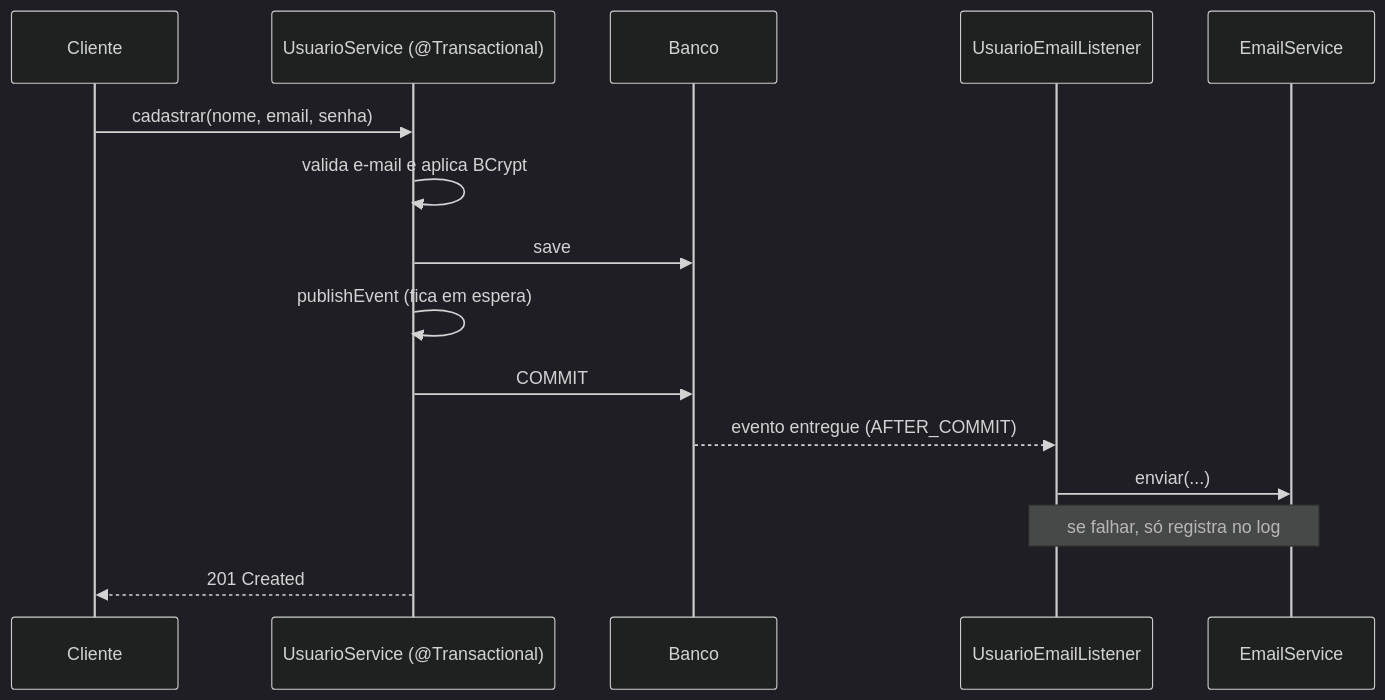
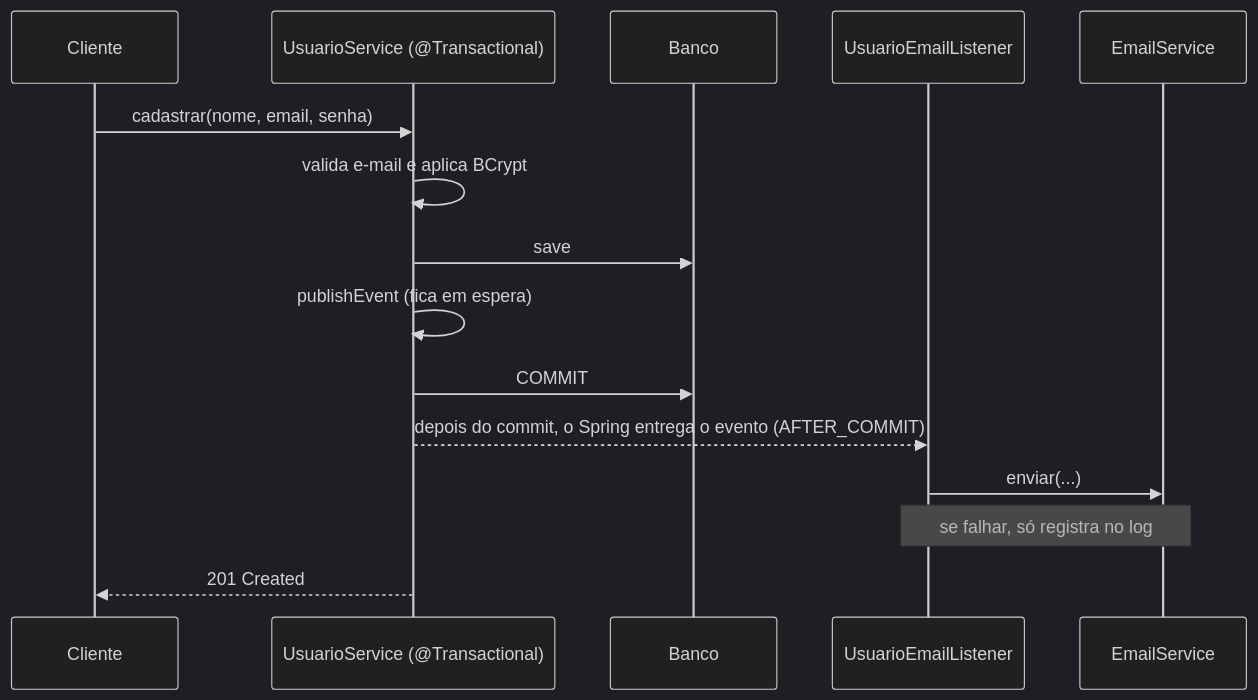
The diagram in README.md (ThiagoBeppler/cadastro-usuario), drawn with Mermaid (dark theme) before and after one commit. The commit also changed other lines of this file and 1 other file, not shown here.

Commit message:
Corrige diagrama e trechos imprecisos do README

````diff
--- a/README.md
+++ b/README.md
@@ -90,18 +90,18 @@
 ```mermaid
 sequenceDiagram
     participant C as Cliente
     participant S as UsuarioService (@Transactional)
     participant DB as Banco
     participant L as UsuarioEmailListener
     participant E as EmailService
 
     C->>S: cadastrar(nome, email, senha)
     S->>S: valida e-mail e aplica BCrypt
     S->>DB: save
     S->>S: publishEvent (fica em espera)
     S->>DB: COMMIT
-    DB-->>L: evento entregue (AFTER_COMMIT)
+    S-->>L: depois do commit, o Spring entrega o evento (AFTER_COMMIT)
     L->>E: enviar(...)
     Note over L,E: se falhar, só registra no log
     S-->>C: 201 Created
 ```
````
